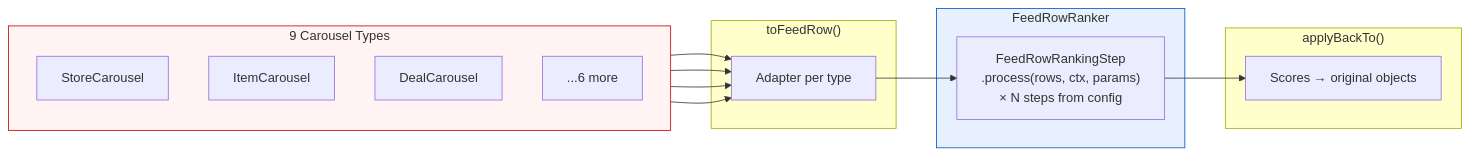
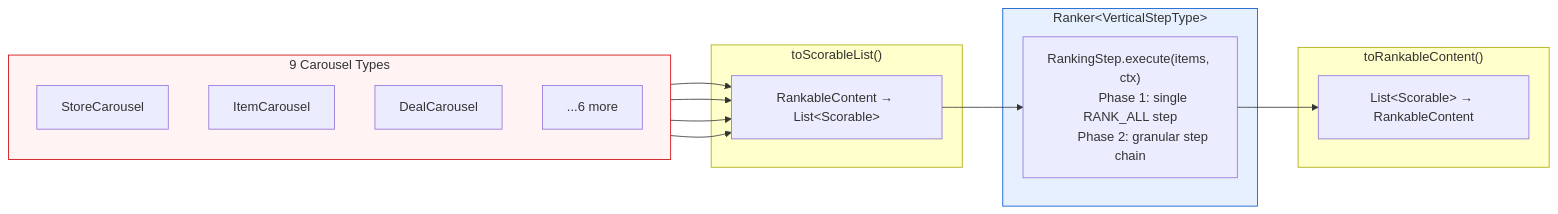
One commit to daniel-fonyo/dd-brain changed the first of 4 diagrams in unified-blending-platform/spec/rfc-abstraction-layer.md. Above: the diagram before and after it, drawn with Mermaid. The commit also changed other lines of this file, not shown here.

First line of the commit message:
Rewrite rfc-abstraction-layer.md to match Scorable implementation

````diff
--- a/unified-blending-platform/spec/rfc-abstraction-layer.md
+++ b/unified-blending-platform/spec/rfc-abstraction-layer.md
@@ -155,38 +158,38 @@
 ```mermaid
 flowchart LR
     subgraph sources["9 Carousel Types"]
         direction TB
         T1["StoreCarousel"]
         T2["ItemCarousel"]
         T3["DealCarousel"]
         T4["...6 more"]
     end
 
-    subgraph adapt["toFeedRow()"]
-        A["Adapter per type"]
+    subgraph convert["toScorableList()"]
+        A["RankableContent → List&lt;Scorable&gt;"]
     end
 
     T1 --> A
     T2 --> A
     T3 --> A
     T4 --> A
 
-    subgraph pipeline["FeedRowRanker"]
-        ENG["FeedRowRankingStep
-        .process(rows, ctx, params)
-        × N steps from config"]
+    subgraph pipeline["Ranker&lt;VerticalStepType&gt;"]
+        ENG["RankingStep.execute(items, ctx)
+        Phase 1: single RANK_ALL step
+        Phase 2: granular step chain"]
     end
 
     A --> ENG
 
-    subgraph writeback["applyBackTo()"]
-        WB["Scores → original objects"]
+    subgraph writeback["toRankableContent()"]
+        WB["List&lt;Scorable&gt; → RankableContent"]
     end
 
     ENG --> WB
 
     style sources fill:#fff3f3,stroke:#cc0000
-    style adapt fill:#ffffcc,stroke:#aaaa00
+    style convert fill:#ffffcc,stroke:#aaaa00
     style pipeline fill:#e6f0ff,stroke:#0055cc
     style writeback fill:#ffffcc,stroke:#aaaa00
 ```
````
